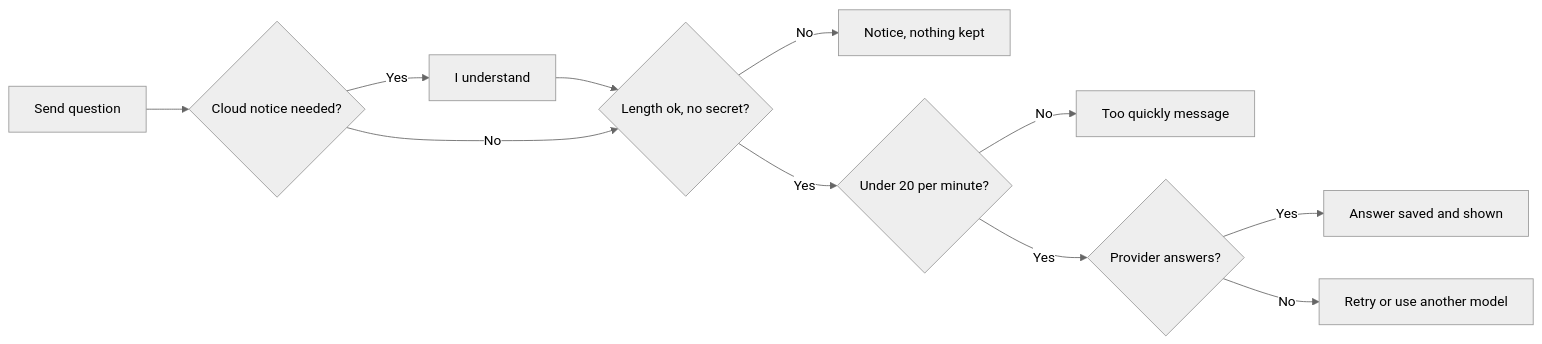
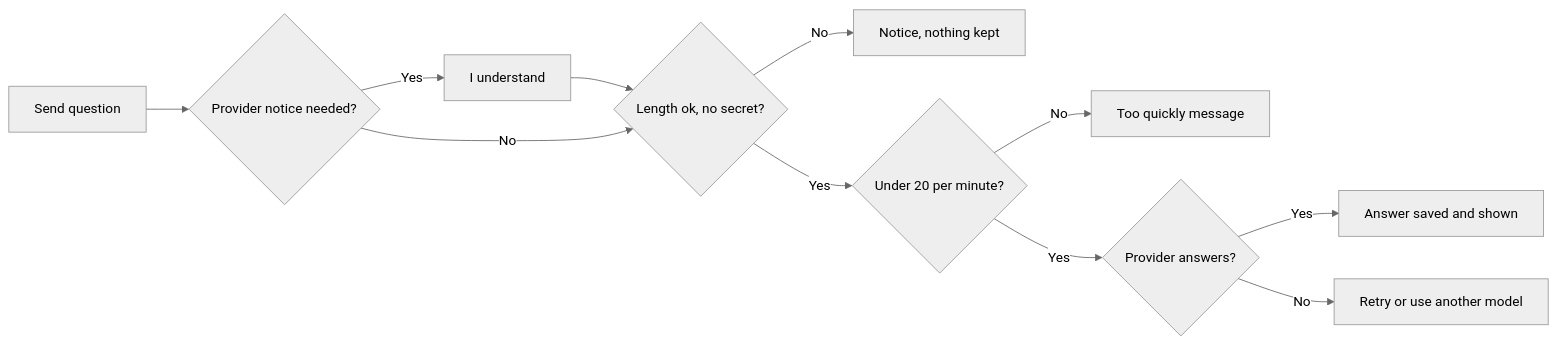
Before and after one commit to jojogeorge3344/TaskFlow-Project: the second of 11 diagrams in TF - Documents/TF - FRD/08-TFA-Assistant/08.1-Assistant/FRD-Assistant.md, drawn with Mermaid (neutral theme). The commit also changed other lines of this file and 65 other files, not shown here.

````diff
--- a/TF - Documents/TF - FRD/08-TFA-Assistant/08.1-Assistant/FRD-Assistant.md
+++ b/TF - Documents/TF - FRD/08-TFA-Assistant/08.1-Assistant/FRD-Assistant.md
@@ -201,12 +202,12 @@
 ```mermaid
 flowchart LR
-  A["Send question"] --> B{"Cloud notice needed?"}
+  A["Send question"] --> B{"Provider notice needed?"}
   B -- Yes --> C["I understand"] --> D
   B -- No --> D{"Length ok, no secret?"}
   D -- No --> E["Notice, nothing kept"]
   D -- Yes --> F{"Under 20 per minute?"}
   F -- No --> G["Too quickly message"]
   F -- Yes --> H{"Provider answers?"}
   H -- Yes --> I["Answer saved and shown"]
   H -- No --> J["Retry or use another model"]
 ```
````
